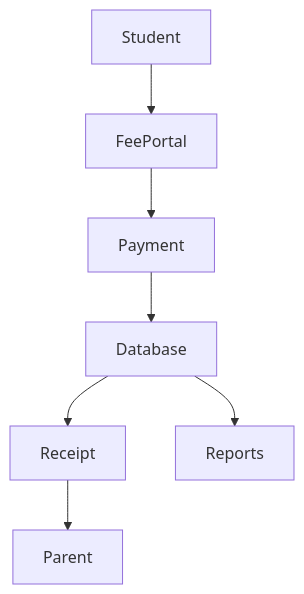
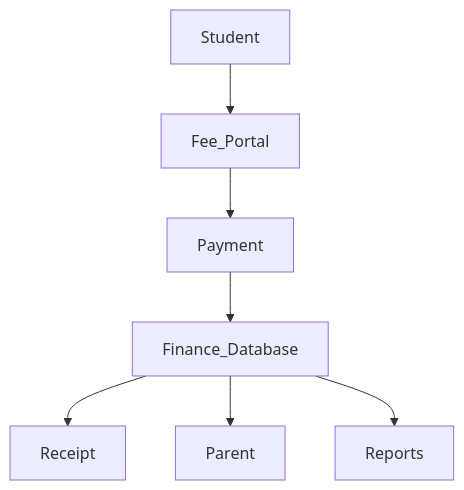
The third of 7 diagrams in profile/README.md (Edviora-Organization/.github), drawn with Mermaid before and after one commit. The commit also changed other lines of this file, not shown here.

````diff
--- a/profile/README.md
+++ b/profile/README.md
@@ -393,17 +297,10 @@
 ```mermaid
 flowchart TD
 
-Student
-
-Student --> FeePortal
-
-FeePortal --> Payment
-
-Payment --> Database
-
-Database --> Receipt
-
-Receipt --> Parent
-
-Database --> Reports
+Student --> Fee_Portal
+Fee_Portal --> Payment
+Payment --> Finance_Database
+Finance_Database --> Receipt
+Finance_Database --> Parent
+Finance_Database --> Reports
 ```
````
